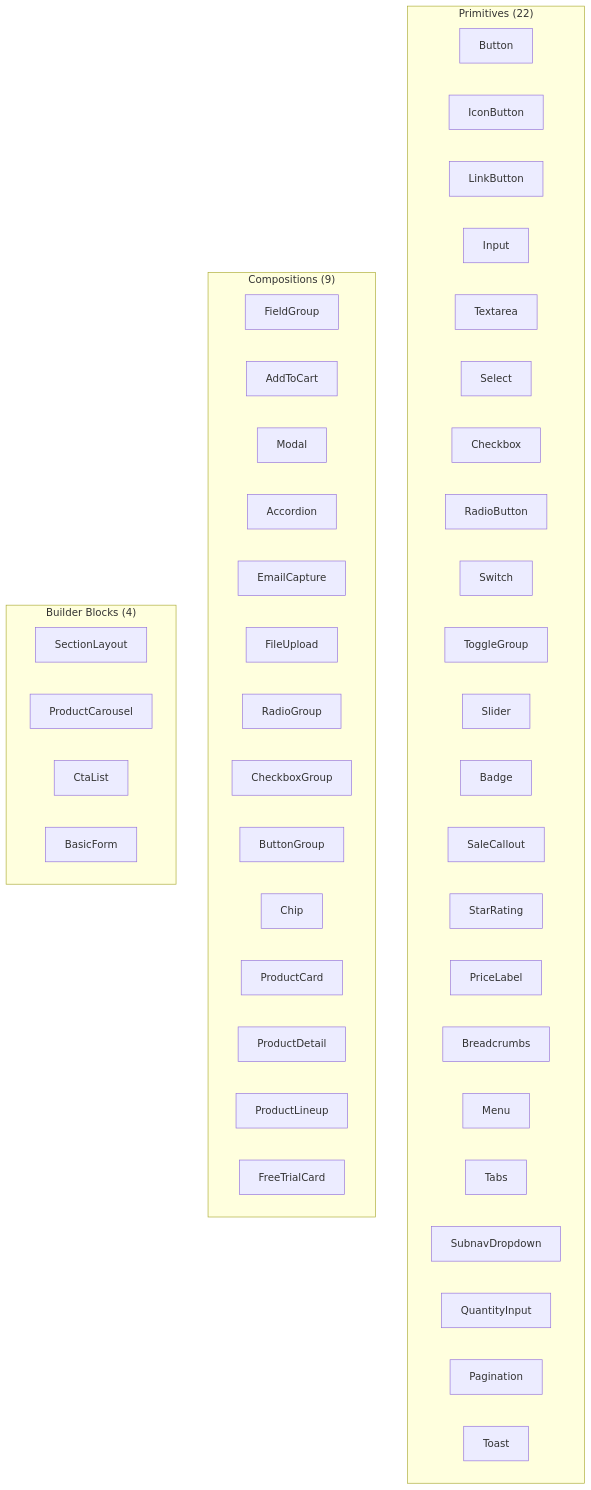
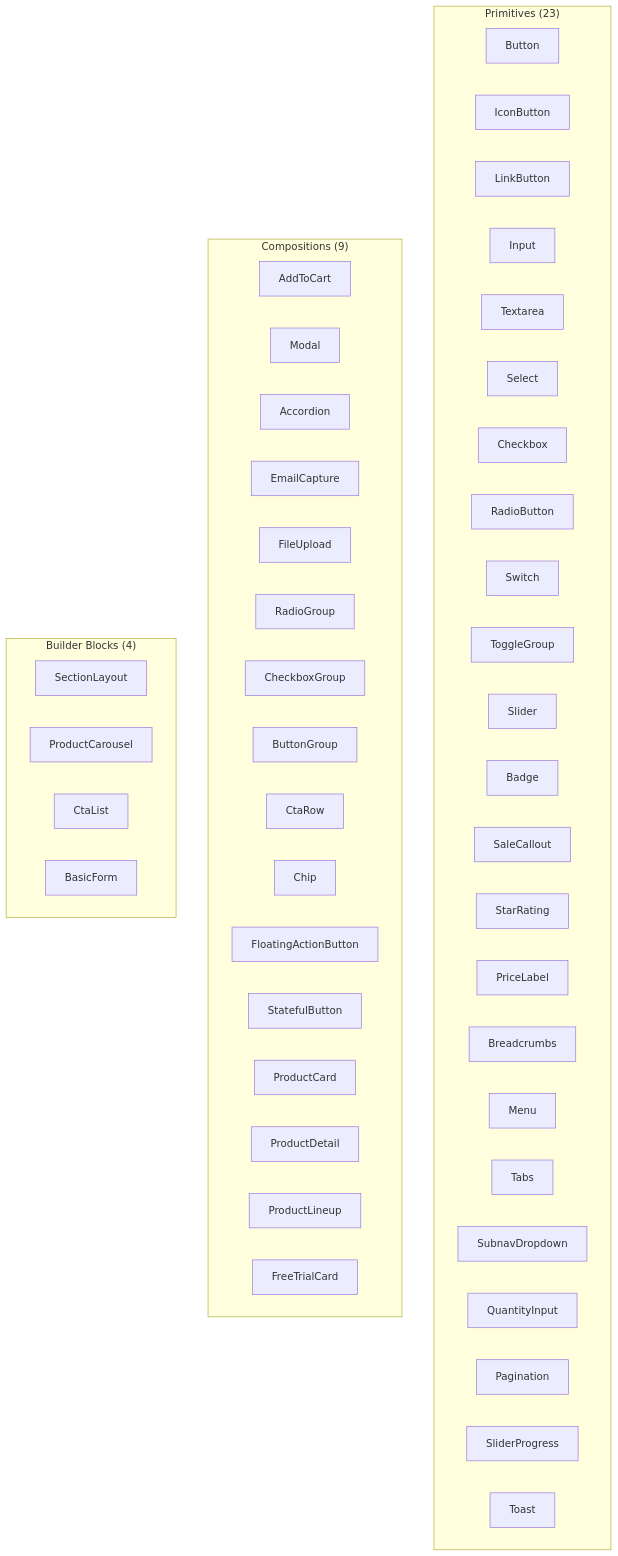
One commit to calebn/design-system-theme-evolution changed the first of 2 diagrams in inventory/docs/08-taxonomy.md. Above: the diagram before and after it, drawn with Mermaid. The commit also changed other lines of this file and 11 other files, not shown here.

Commit message:
Split Button, Pagination, ButtonGroup; remove FieldGroup; clean up CheckboxGroup sources.

````diff
--- a/inventory/docs/08-taxonomy.md
+++ b/inventory/docs/08-taxonomy.md
@@ -17,49 +17,52 @@
 ```mermaid
 graph TD
-  subgraph primitives ["Primitives (22)"]
+  subgraph primitives ["Primitives (23)"]
     Button["Button"]
     IconButton["IconButton"]
     LinkButton["LinkButton"]
     Input["Input"]
     Textarea["Textarea"]
     Select["Select"]
     Checkbox["Checkbox"]
     RadioButton["RadioButton"]
     Switch["Switch"]
     ToggleGroup["ToggleGroup"]
     Slider["Slider"]
     Badge["Badge"]
     SaleCallout["SaleCallout"]
     StarRating["StarRating"]
     PriceLabel["PriceLabel"]
     Breadcrumbs["Breadcrumbs"]
     Menu["Menu"]
     Tabs["Tabs"]
     SubnavDropdown["SubnavDropdown"]
     QuantityInput["QuantityInput"]
     Pagination["Pagination"]
+    SliderProgress["SliderProgress"]
     Toast["Toast"]
   end
   subgraph compositions ["Compositions (9)"]
-    FieldGroup["FieldGroup"]
     AddToCart["AddToCart"]
     Modal["Modal"]
     Accordion["Accordion"]
     EmailCapture["EmailCapture"]
     FileUpload["FileUpload"]
     RadioGroup["RadioGroup"]
     CheckboxGroup["CheckboxGroup"]
     ButtonGroup["ButtonGroup"]
+    CtaRow["CtaRow"]
     Chip["Chip"]
+    FloatingActionButton["FloatingActionButton"]
+    StatefulButton["StatefulButton"]
     ProductCard["ProductCard"]
     ProductDetail["ProductDetail"]
     ProductLineup["ProductLineup"]
     FreeTrialCard["FreeTrialCard"]
   end
   subgraph builderBlocks ["Builder Blocks (4)"]
     SectionLayout["SectionLayout"]
     ProductCarousel["ProductCarousel"]
     CtaList["CtaList"]
     BasicForm["BasicForm"]
   end
 ```
````
